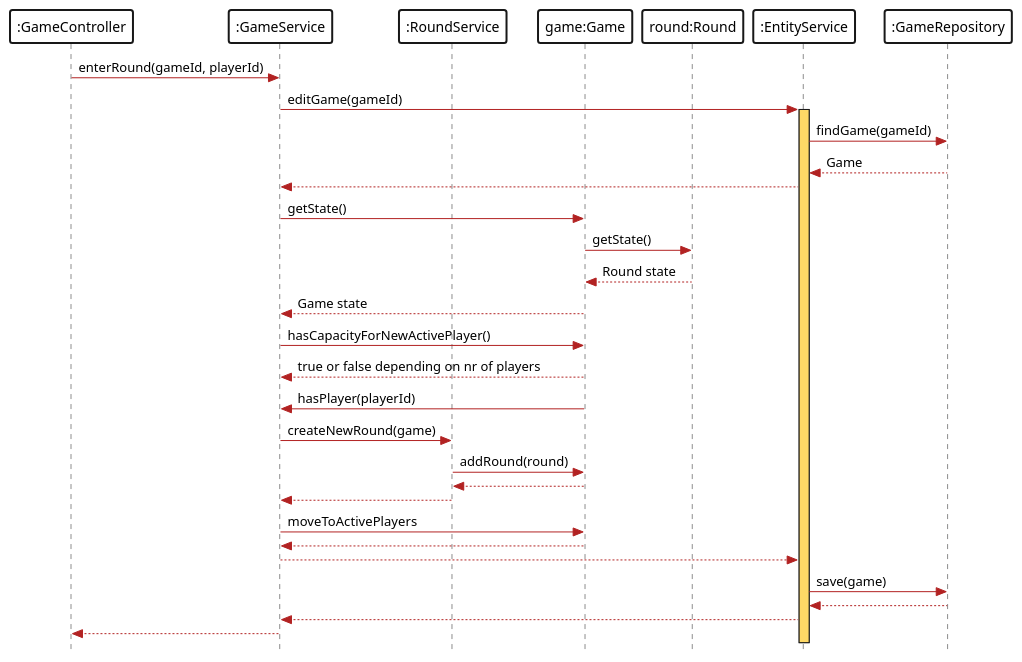
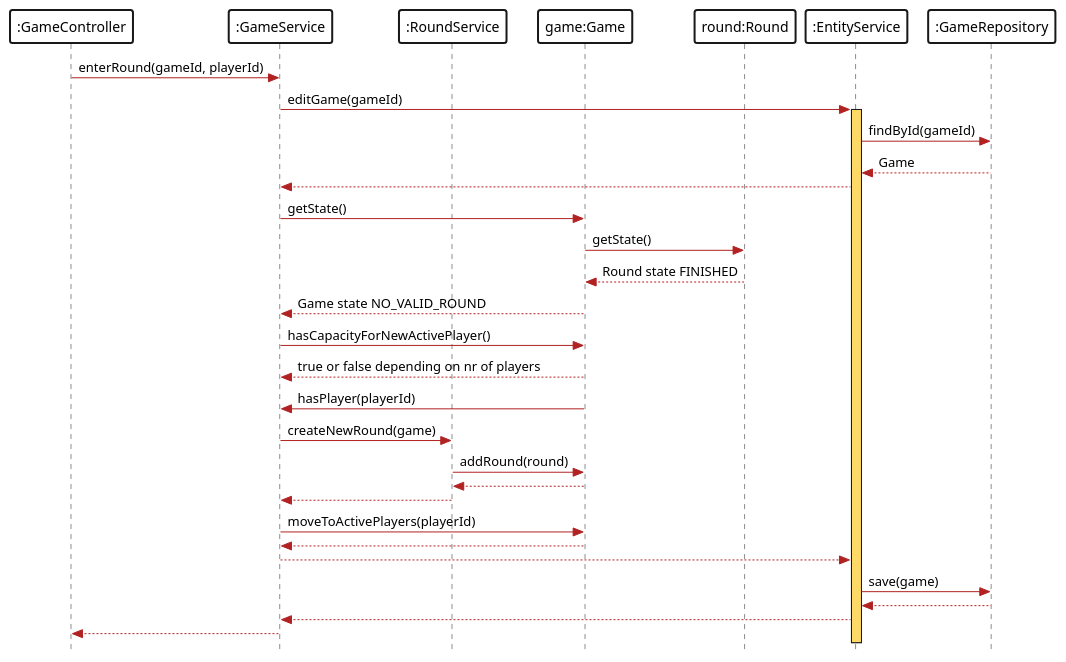
One commit to patrickwinti/worldwidewalter changed the diagram in docs/diagrams/SSD_start_new_round.plantuml. Above: the diagram before and after it, drawn with PlantUML. The commit also changed 6 other files, not shown here.

```diff
--- a/docs/diagrams/SSD_start_new_round.plantuml
+++ b/docs/diagrams/SSD_start_new_round.plantuml
@@ -1,52 +1,52 @@
 @startuml
 skinparam sequence {
     BackgroundColor white
     BorderColor Black
     ArrowColor Firebrick
     BorderThickness 2
     LifeLineBackgroundColor #FFD966
 }
 skinparam Note{
     BorderColor #FFD966
     BackgroundColor #FFD966
 }
 skinparam participant {
     BackgroundColor white
     BorderThickness 2
 }
 skinparam responseMessageBelowArrow true
 skinparam style strictuml
 
 participant ":GameController" as gc
 participant ":GameService" as gs
 participant ":RoundService" as rs
 participant "game:Game" as game
 participant "round:Round" as round
 participant ":EntityService" as ges
 participant ":GameRepository" as gr
 
 gc -> gs: enterRound(gameId, playerId)
 gs -> ges: editGame(gameId)
 activate ges
-ges -> gr : findGame(gameId)
+ges -> gr : findById(gameId)
 gr  --> ges: Game
 ges --> gs
 gs -> game: getState()
 game -> round: getState()
-round --> game: Round state
-game --> gs: Game state
+round --> game: Round state FINISHED
+game --> gs: Game state NO_VALID_ROUND
 gs -> game: hasCapacityForNewActivePlayer()
 game --> gs: true or false depending on nr of players
 game -> gs: hasPlayer(playerId)
 gs -> rs :createNewRound(game)
 rs -> game :addRound(round)
 game --> rs
 rs -->gs
-gs -> game : moveToActivePlayers
+gs -> game : moveToActivePlayers(playerId)
 game --> gs
 gs-->ges
 ges -> gr : save(game)
 gr --> ges
 ges --> gs
 gs --> gc
 @enduml
```
